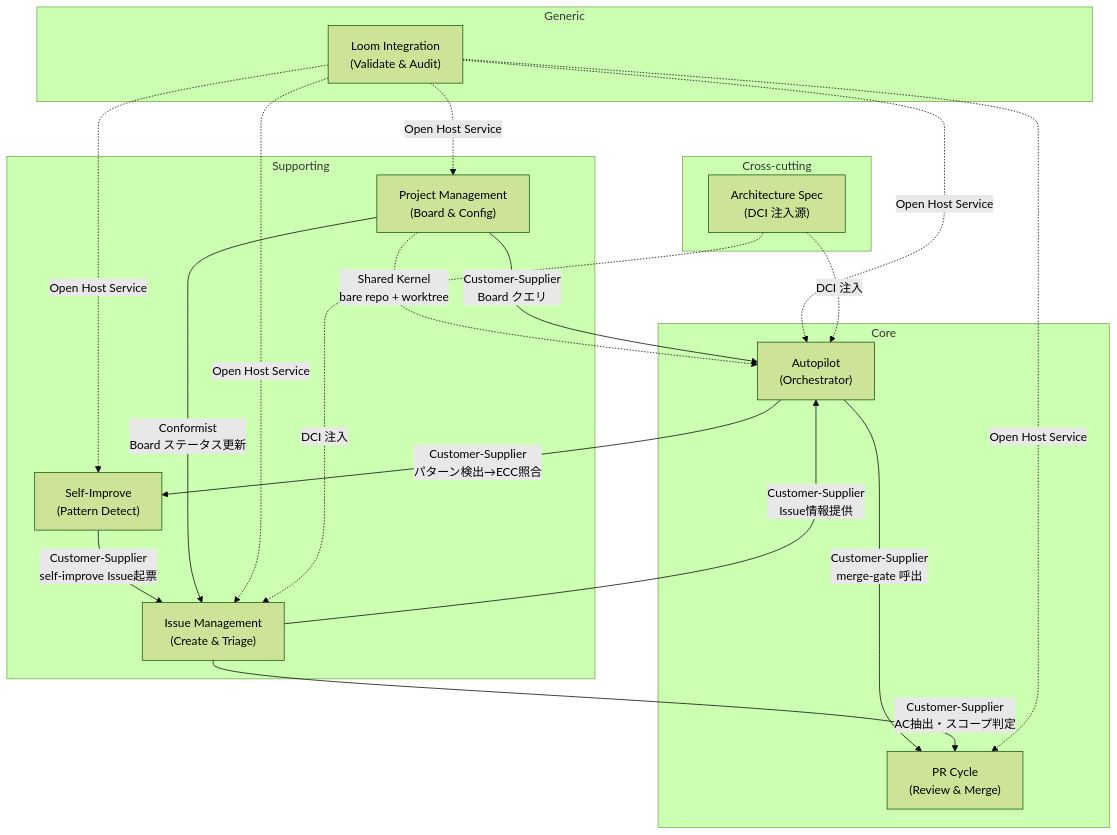
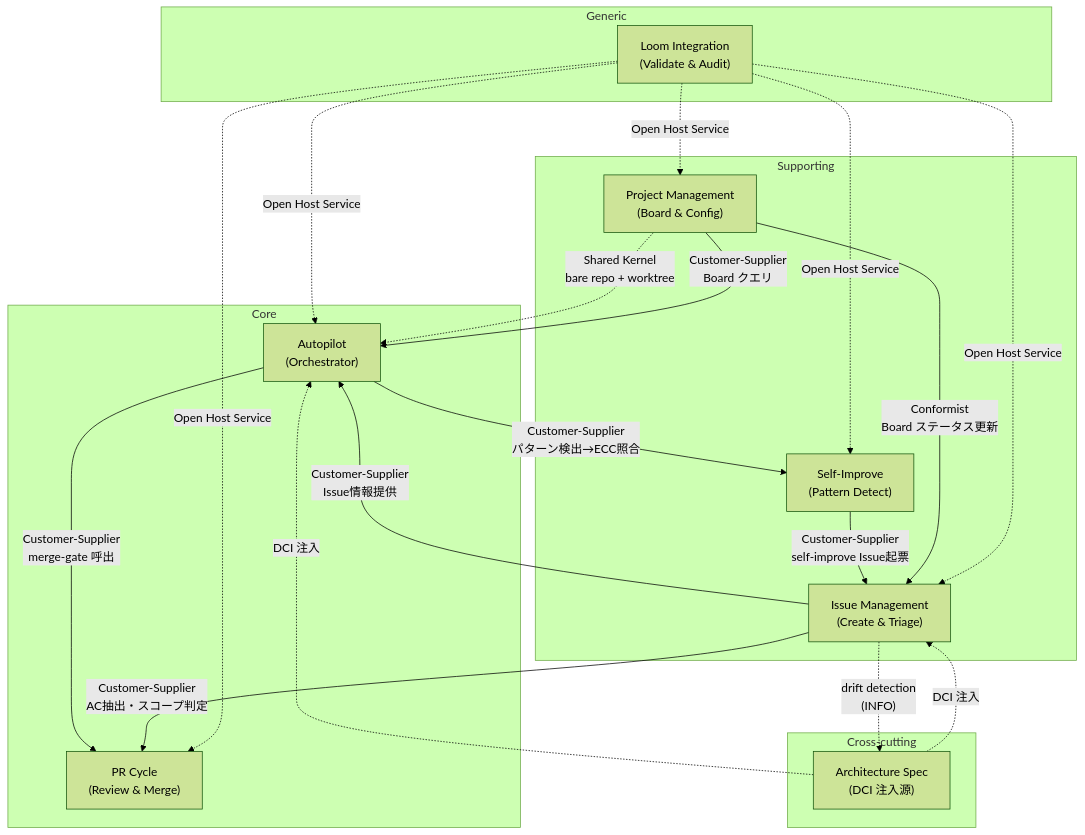
The first of 2 diagrams in plugins/dev/architecture/domain/context-map.md (shuu5/twill), drawn with Mermaid (forest theme) before and after one commit. The commit also changed other lines of this file and 6 other files, not shown here.

First line of the commit message:
docs(architecture): #210-#212 反映 - ADR-008, DCI双方向化, drift detection

````diff
--- a/plugins/dev/architecture/domain/context-map.md
+++ b/plugins/dev/architecture/domain/context-map.md
@@ -20,42 +20,43 @@
 ```mermaid
 graph TD
     subgraph "Core"
         AP["Autopilot<br/>(Orchestrator)"]
         PR["PR Cycle<br/>(Review & Merge)"]
     end
 
     subgraph "Supporting"
         IM["Issue Management<br/>(Create & Triage)"]
         PM["Project Management<br/>(Board & Config)"]
         SI["Self-Improve<br/>(Pattern Detect)"]
     end
 
     subgraph "Generic"
         LI["Loom Integration<br/>(Validate & Audit)"]
     end
 
     subgraph "Cross-cutting"
         AS["Architecture Spec<br/>(DCI 注入源)"]
     end
 
     AP -->|"Customer-Supplier<br/>merge-gate 呼出"| PR
     AP -->|"Customer-Supplier<br/>パターン検出→ECC照合"| SI
 
     IM -->|"Customer-Supplier<br/>Issue情報提供"| AP
     IM -->|"Customer-Supplier<br/>AC抽出・スコープ判定"| PR
 
     SI -->|"Customer-Supplier<br/>self-improve Issue起票"| IM
 
     PM -->|"Conformist<br/>Board ステータス更新"| IM
     PM -.->|"Shared Kernel<br/>bare repo + worktree"| AP
     PM -->|"Customer-Supplier<br/>Board クエリ"| AP
 
     LI -.->|"Open Host Service"| AP
     LI -.->|"Open Host Service"| PR
     LI -.->|"Open Host Service"| IM
     LI -.->|"Open Host Service"| PM
     LI -.->|"Open Host Service"| SI
 
     AS -.->|"DCI 注入"| IM
+    IM -.->|"drift detection<br/>(INFO)"| AS
     AS -.->|"DCI 注入"| AP
 ```
````
